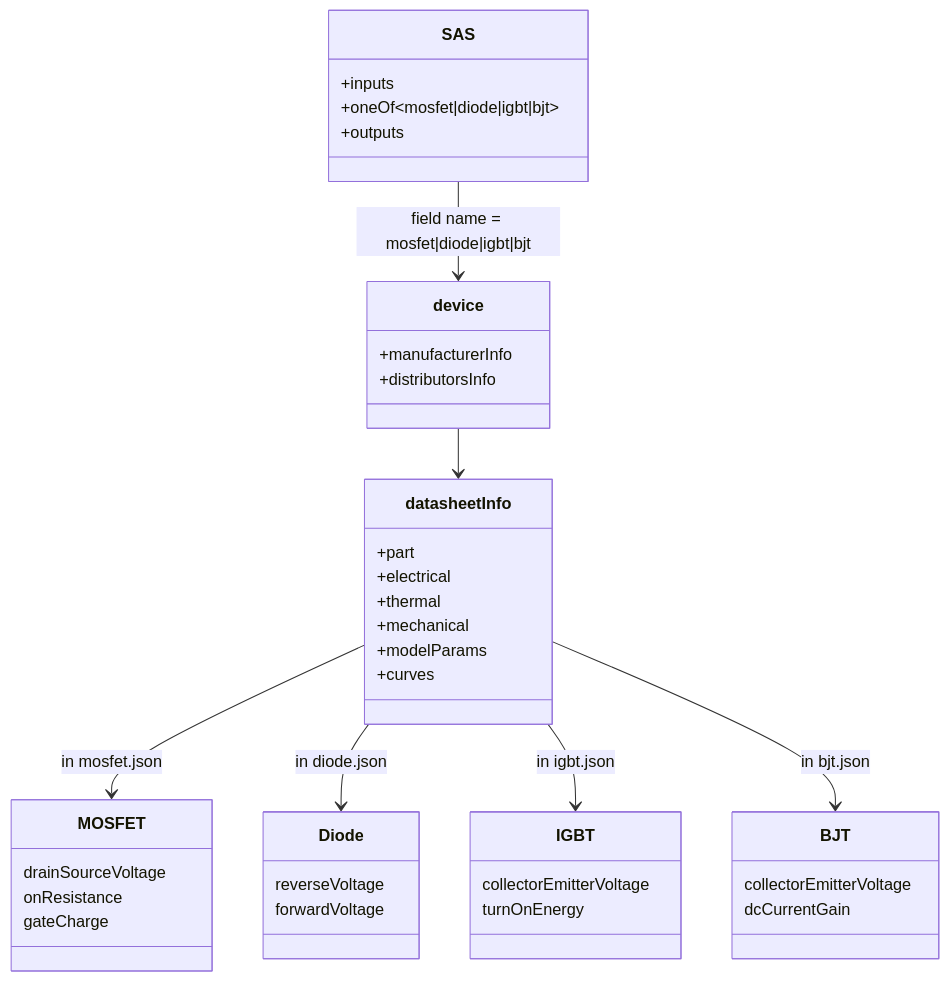
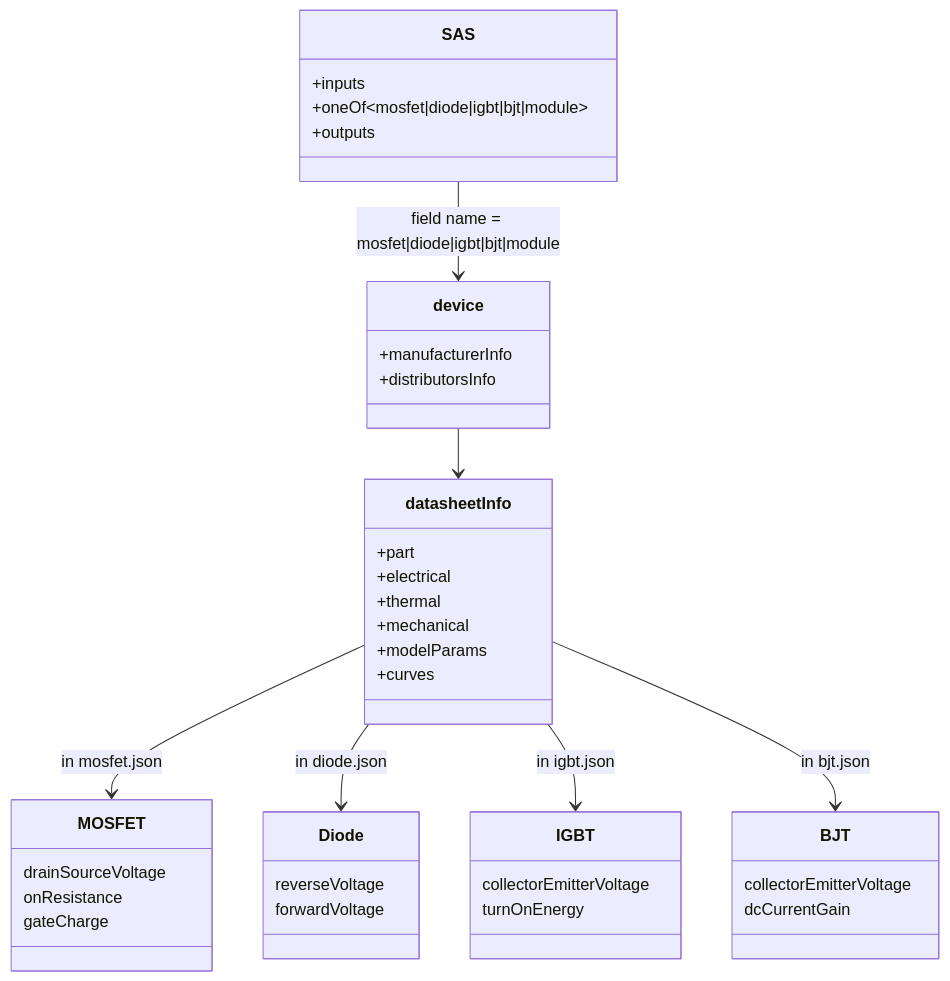
One commit to Power-Supply-Manufacturers-Association/SAS changed the first of 2 diagrams in README.md. Above: the diagram before and after it, drawn with Mermaid. The commit also changed other lines of this file and 7 other files, not shown here.

First line of the commit message:
schema(module): power-module family — half-bridge/sixpack/PIM etc. (approved 2026-07-02)

````diff
--- a/README.md
+++ b/README.md
@@ -118,43 +120,43 @@
 ```mermaid
 classDiagram
     class SAS {
         +inputs
-        +oneOf~mosfet|diode|igbt|bjt~
+        +oneOf~mosfet|diode|igbt|bjt|module~
         +outputs
     }
     class device {
         +manufacturerInfo
         +distributorsInfo
     }
     class datasheetInfo {
         +part
         +electrical
         +thermal
         +mechanical
         +modelParams
         +curves
     }
     class MOSFET {
         drainSourceVoltage
         onResistance
         gateCharge
     }
     class Diode {
         reverseVoltage
         forwardVoltage
     }
     class IGBT {
         collectorEmitterVoltage
         turnOnEnergy
     }
     class BJT {
         collectorEmitterVoltage
         dcCurrentGain
     }
-    SAS --> device : field name = mosfet|diode|igbt|bjt
+    SAS --> device : field name = mosfet|diode|igbt|bjt|module
     device --> datasheetInfo
     datasheetInfo --> MOSFET : in mosfet.json
     datasheetInfo --> Diode : in diode.json
     datasheetInfo --> IGBT : in igbt.json
     datasheetInfo --> BJT : in bjt.json
 ```
````
